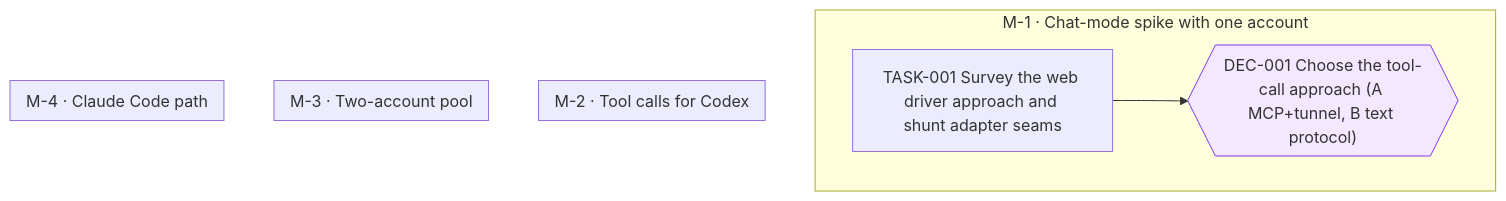
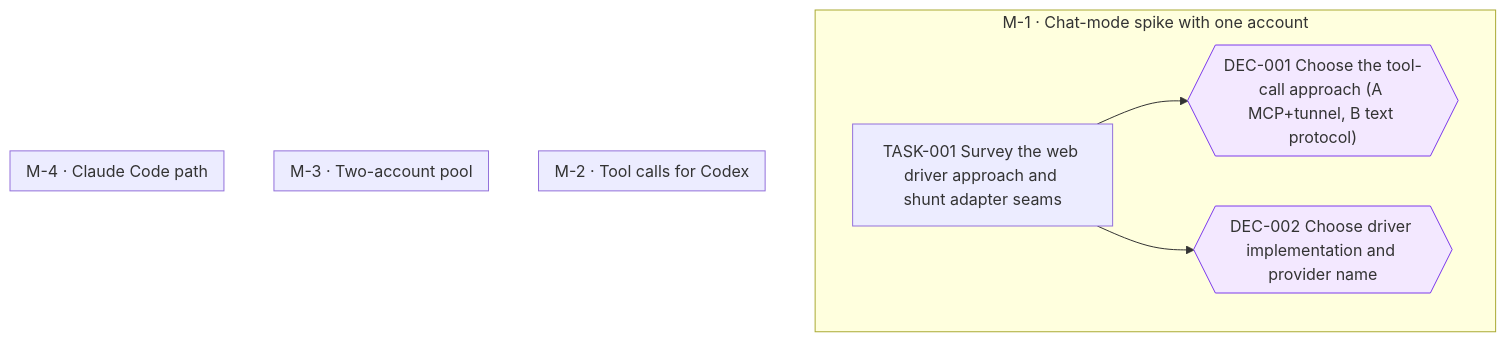
One commit to jesusvillota/shunt changed the diagram in goals/chatgptweb-provider/README.md. Above: the diagram before and after it, drawn with Mermaid. The commit also changed 1 other file, not shown here.

Commit message:
goal(chatgptweb-provider): add DEC-002 Choose driver implementation and provider name

````diff
--- a/goals/chatgptweb-provider/README.md
+++ b/goals/chatgptweb-provider/README.md
@@ -132,18 +132,21 @@
 ```mermaid
 flowchart TD
   subgraph M_1["M-1 · Chat-mode spike with one account"]
     DEC_001{{"DEC-001 Choose the tool-call approach (A MCP+tunnel, B text protocol)"}}
+    DEC_002{{"DEC-002 Choose driver implementation and provider name"}}
     TASK_001["TASK-001 Survey the web driver approach and shunt adapter seams"]
   end
   subgraph M_2["M-2 · Tool calls for Codex"]
   end
   subgraph M_3["M-3 · Two-account pool"]
   end
   subgraph M_4["M-4 · Claude Code path"]
   end
   TASK_001 --> DEC_001
+  TASK_001 --> DEC_002
   classDef draft stroke-dasharray: 4 3
   classDef cancelled opacity:0.45
   classDef decision fill:#f3e8ff,stroke:#7c3aed
   class DEC_001 decision
+  class DEC_002 decision
 ```
````
